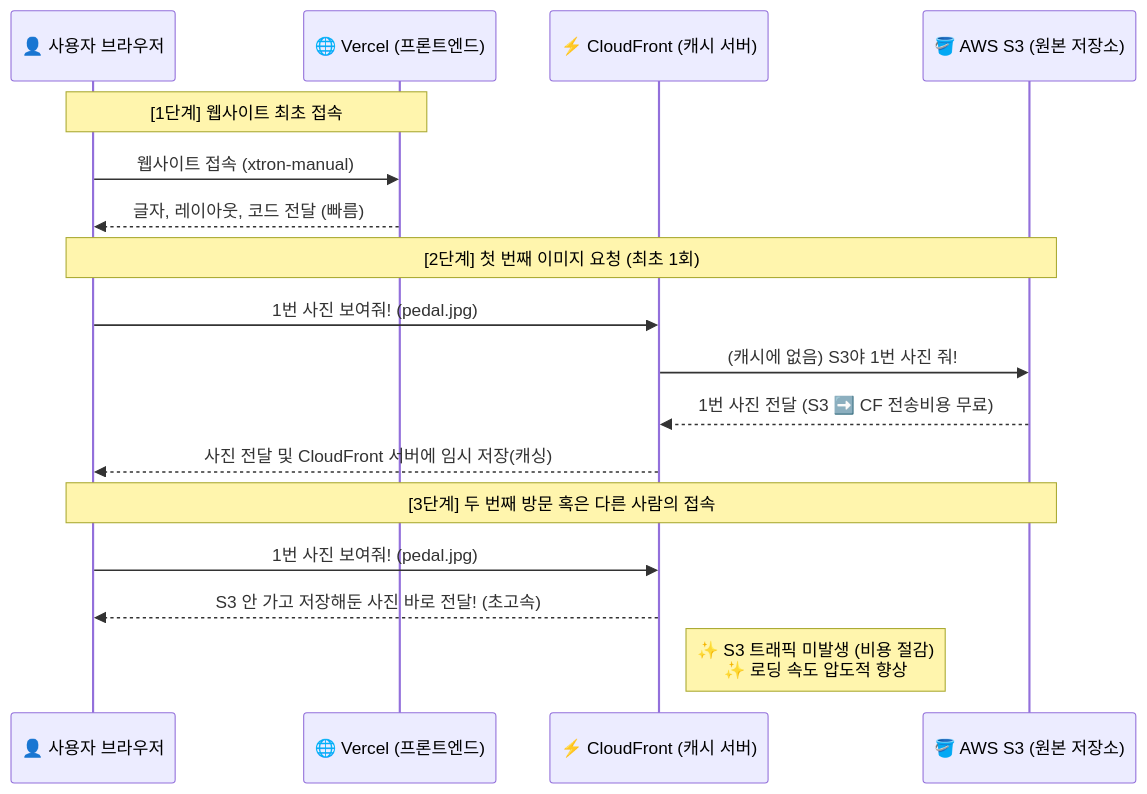
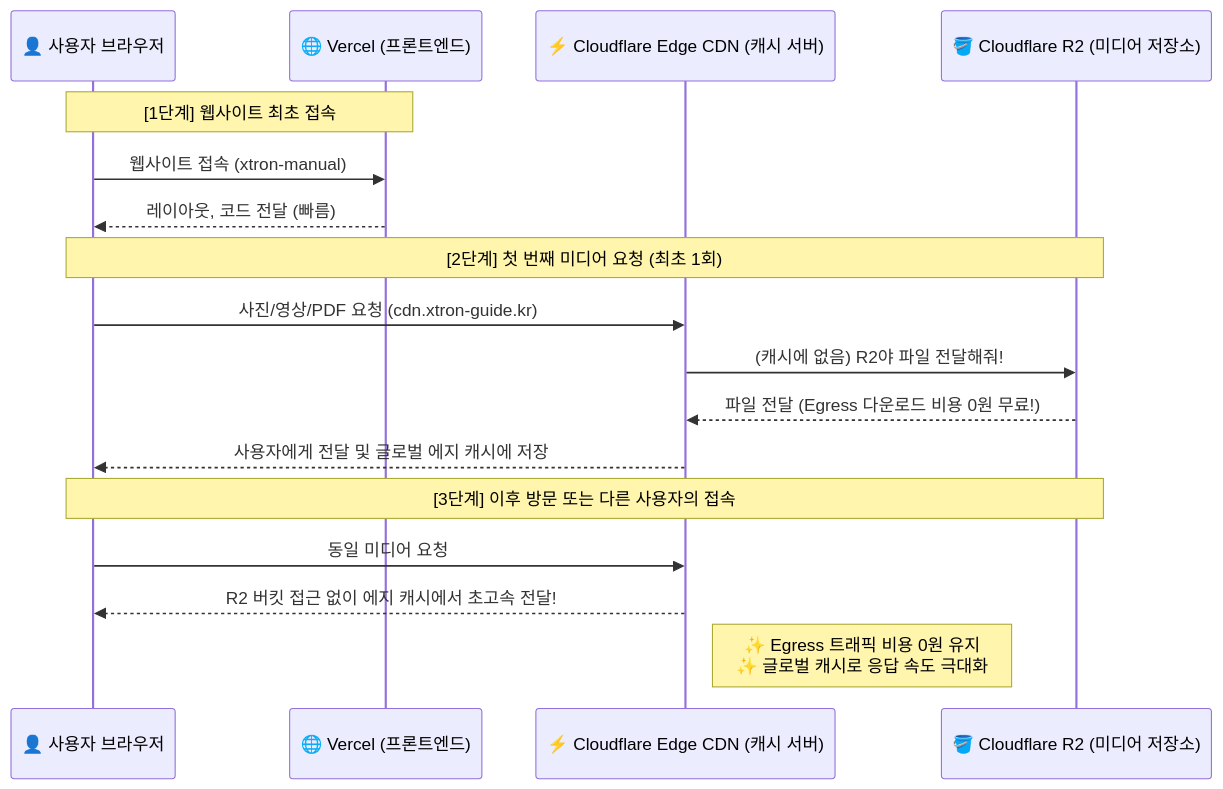
The first of 2 diagrams in README.md (Rinology/xtron-manual), drawn with Mermaid before and after one commit. The commit also changed other lines of this file and 3 other files, not shown here.

````diff
--- a/README.md
+++ b/README.md
@@ -189,23 +189,23 @@
   ```mermaid
   sequenceDiagram
       participant User as 👤 사용자 브라우저
       participant Vercel as 🌐 Vercel (프론트엔드)
-      participant CF as ⚡ CloudFront (캐시 서버)
-      participant S3 as 🪣 AWS S3 (원본 저장소)
+      participant CF as ⚡ Cloudflare Edge CDN (캐시 서버)
+      participant R2 as 🪣 Cloudflare R2 (미디어 저장소)
 
       Note over User, Vercel: [1단계] 웹사이트 최초 접속
       User->>Vercel: 웹사이트 접속 (xtron-manual)
-      Vercel-->>User: 글자, 레이아웃, 코드 전달 (빠름)
+      Vercel-->>User: 레이아웃, 코드 전달 (빠름)
 
-      Note over User, S3: [2단계] 첫 번째 이미지 요청 (최초 1회)
-      User->>CF: 1번 사진 보여줘! (pedal.jpg)
-      CF->>S3: (캐시에 없음) S3야 1번 사진 줘!
-      S3-->>CF: 1번 사진 전달 (S3 ➡️ CF 전송비용 무료)
-      CF-->>User: 사진 전달 및 CloudFront 서버에 임시 저장(캐싱)
+      Note over User, R2: [2단계] 첫 번째 미디어 요청 (최초 1회)
+      User->>CF: 사진/영상/PDF 요청 (cdn.xtron-guide.kr)
+      CF->>R2: (캐시에 없음) R2야 파일 전달해줘!
+      R2-->>CF: 파일 전달 (Egress 다운로드 비용 0원 무료!)
+      CF-->>User: 사용자에게 전달 및 글로벌 에지 캐시에 저장
 
-      Note over User, S3: [3단계] 두 번째 방문 혹은 다른 사람의 접속
-      User->>CF: 1번 사진 보여줘! (pedal.jpg)
-      CF-->>User: S3 안 가고 저장해둔 사진 바로 전달! (초고속)
+      Note over User, R2: [3단계] 이후 방문 또는 다른 사용자의 접속
+      User->>CF: 동일 미디어 요청
+      CF-->>User: R2 버킷 접근 없이 에지 캐시에서 초고속 전달!
       
-      Note right of CF: ✨ S3 트래픽 미발생 (비용 절감) <br> ✨ 로딩 속도 압도적 향상
+      Note right of CF: ✨ Egress 트래픽 비용 0원 유지 <br> ✨ 글로벌 캐시로 응답 속도 극대화
   ```
````
